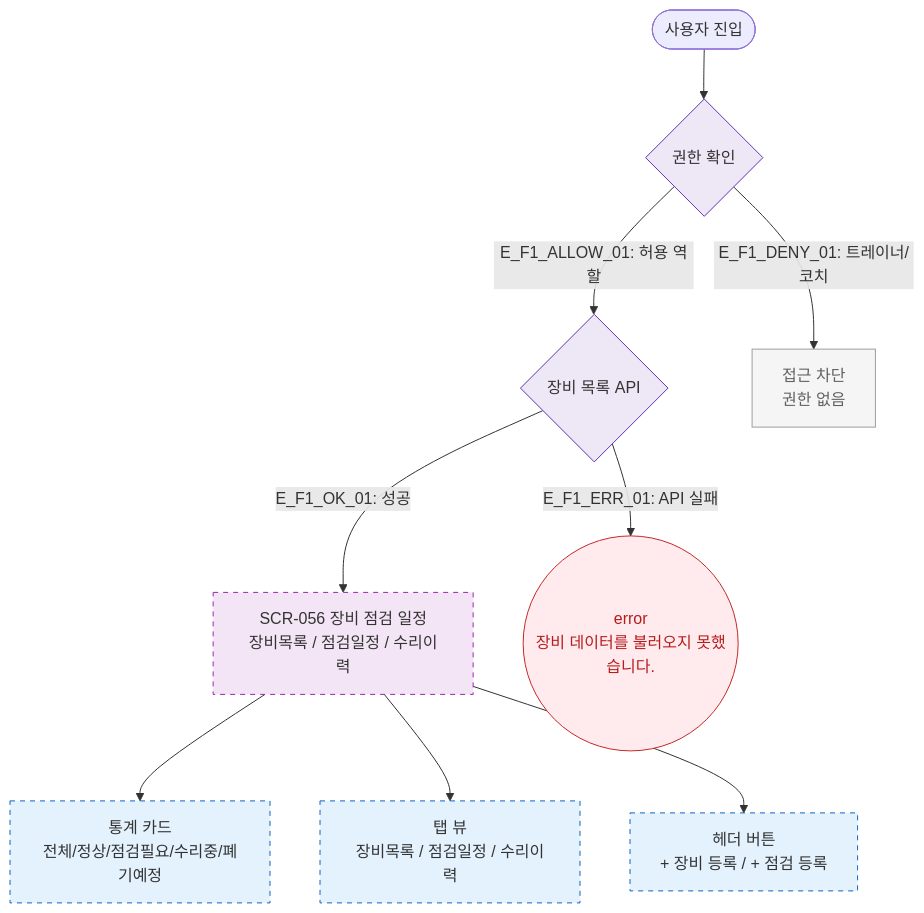
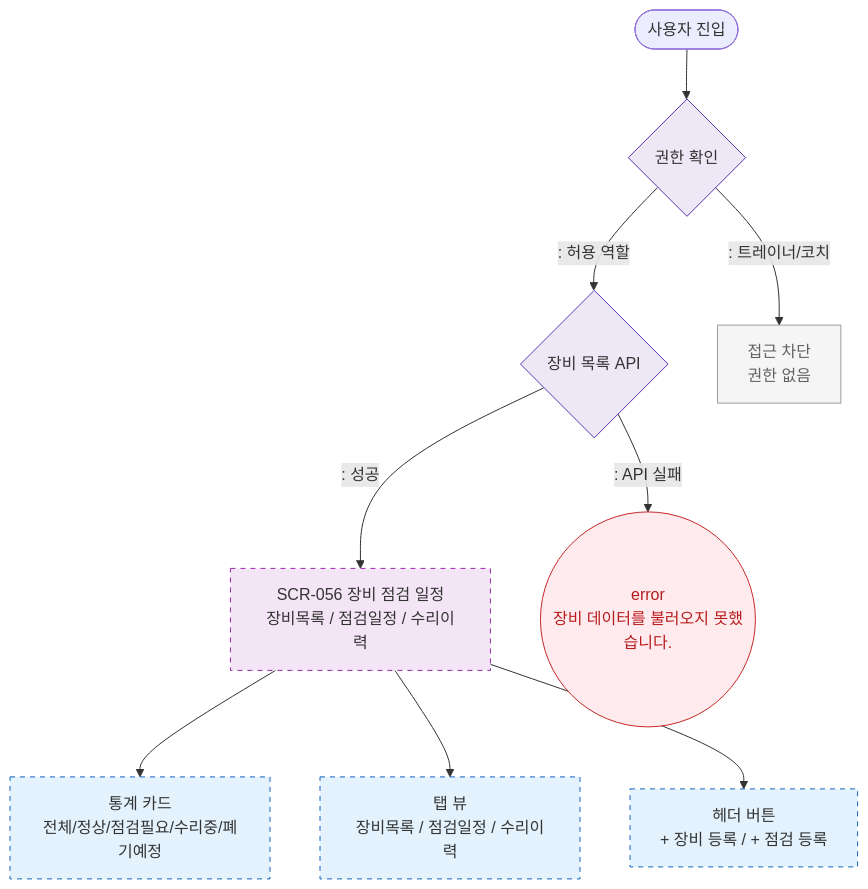
The diagram in docs/다이어그램/D06_시설관리/SCR-056_장비점검일정/F1_진입.md (dev-spogym/admin-pando), drawn with Mermaid before and after one commit. The commit also changed other lines of this file and 1660 other files, not shown here.

First line of the commit message:
다이어그램: 기획자/클라이언트 납품본으로 정리

````diff
--- a/docs/다이어그램/D06_시설관리/SCR-056_장비점검일정/F1_진입.md
+++ b/docs/다이어그램/D06_시설관리/SCR-056_장비점검일정/F1_진입.md
@@ -16,25 +14,25 @@
 ```mermaid
 flowchart TD
     START([사용자 진입]) --> AuthCheck{권한 확인}
 
-    AuthCheck -->|"E_F1_ALLOW_01: 허용 역할"| LoadAPI{장비 목록 API}
-    AuthCheck -->|"E_F1_DENY_01: 트레이너/코치"| Blocked[접근 차단\n권한 없음]
+    AuthCheck -->|": 허용 역할"|LoadAPI{장비 목록 API}
+    AuthCheck -->|": 트레이너/코치"|Blocked[접근 차단\n권한 없음]
 
-    LoadAPI -->|"E_F1_OK_01: 성공"| SCR_056[SCR-056 장비 점검 일정\n장비목록 / 점검일정 / 수리이력]
-    LoadAPI -->|"E_F1_ERR_01: API 실패"| ErrToast((error\n장비 데이터를 불러오지 못했습니다.))
+    LoadAPI -->|": 성공"|SCR_056[SCR-056 장비 점검 일정\n장비목록 / 점검일정 / 수리이력]
+    LoadAPI -->|": API 실패"|ErrToast((error\n장비 데이터를 불러오지 못했습니다.))
 
     SCR_056 --> StatCards[통계 카드\n전체/정상/점검필요/수리중/폐기예정]
     SCR_056 --> TabView[탭 뷰\n장비목록 / 점검일정 / 수리이력]
     SCR_056 --> HeaderBtns[헤더 버튼\n+ 장비 등록 / + 점검 등록]
 
     classDef screen fill:#E3F2FD,stroke:#1565C0,stroke-dasharray:5 5
     classDef newFeature fill:#F3E5F5,stroke:#9C27B0,stroke-dasharray:5 5
     classDef error fill:#FFEBEE,stroke:#C62828,color:#B71C1C
     classDef rbacBlocked fill:#F5F5F5,stroke:#9E9E9E,color:#616161
     classDef system fill:#EDE7F6,stroke:#5E35B2
     class SCR_056 newFeature
     class StatCards,TabView,HeaderBtns screen
     class ErrToast error
     class Blocked rbacBlocked
     class AuthCheck,LoadAPI system
 ```
````
